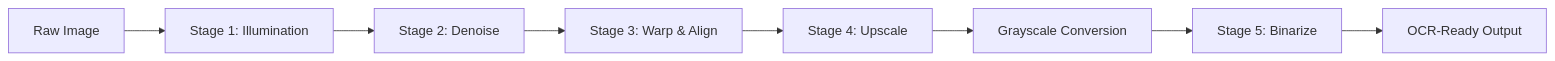
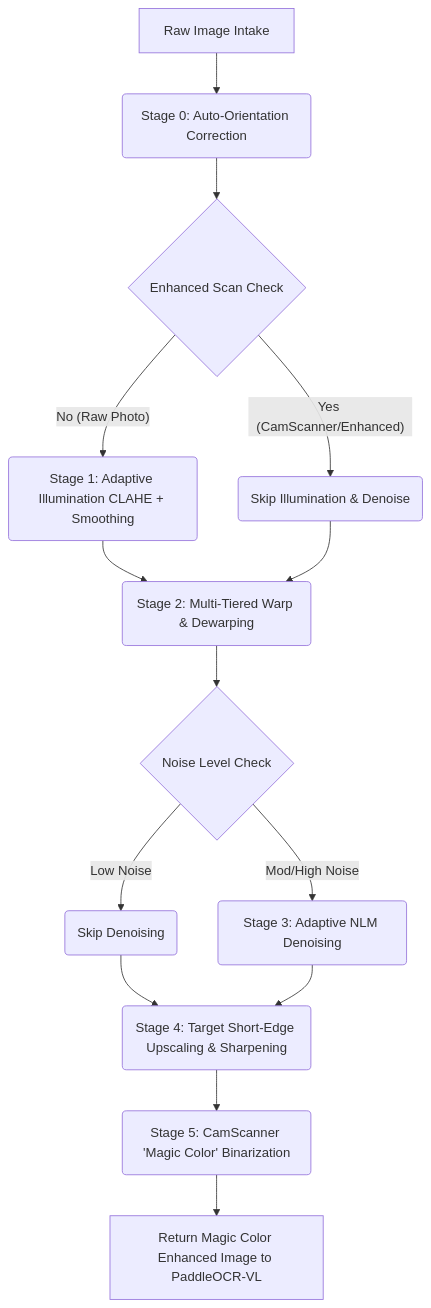
One commit to Khubaib7-del/FISCAL_DEMO changed the first of 2 diagrams in README.md. Above: the diagram before and after it, drawn with Mermaid. The commit also changed other lines of this file and 39 other files, not shown here.

````diff
--- a/README.md
+++ b/README.md
@@ -7,10 +11,21 @@
 ```mermaid
-graph LR
-    A[Raw Image] --> B[Stage 1: Illumination]
-    B --> C[Stage 2: Denoise]
-    C --> D[Stage 3: Warp & Align]
-    D --> E[Stage 4: Upscale]
-    E --> F[Grayscale Conversion]
-    F --> G[Stage 5: Binarize]
-    G --> H[OCR-Ready Output]
+graph TD
+    A[Raw Image Intake] --> B(Stage 0: Auto-Orientation Correction)
+    B --> C{Enhanced Scan Check}
+    
+    C -- No (Raw Photo) --> D(Stage 1: Adaptive Illumination CLAHE + Smoothing)
+    C -- Yes (CamScanner/Enhanced) --> E(Skip Illumination & Denoise)
+    
+    D --> F(Stage 2: Multi-Tiered Warp & Dewarping)
+    E --> F
+    
+    F --> G{Noise Level Check}
+    G -- Low Noise --> H(Skip Denoising)
+    G -- Mod/High Noise --> I(Stage 3: Adaptive NLM Denoising)
+    
+    H --> J(Stage 4: Target Short-Edge Upscaling & Sharpening)
+    I --> J
+    
+    J --> K(Stage 5: CamScanner 'Magic Color' Binarization)
+    K --> L[Return Magic Color Enhanced Image to PaddleOCR-VL]
 ```
````
